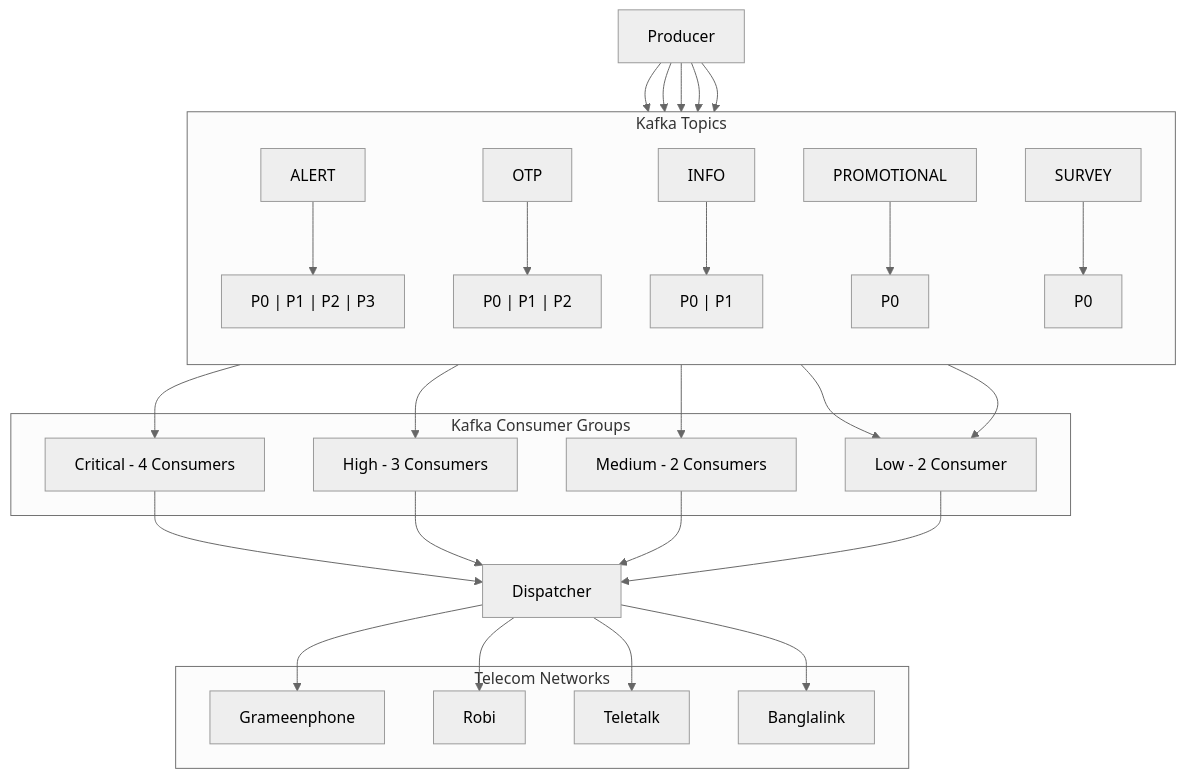
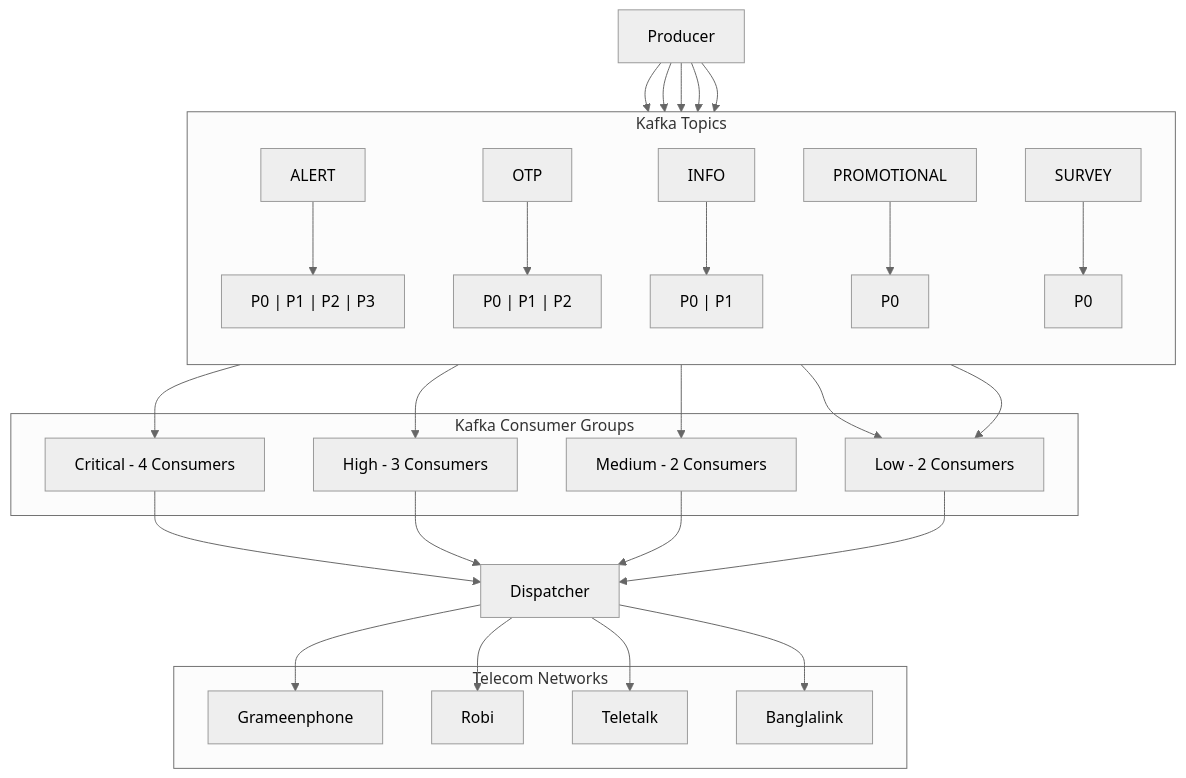
One commit to nadimnesar/sms-gateway changed the diagram in README.md. Above: the diagram before and after it, drawn with Mermaid (neutral theme). The commit also changed 39 other files, not shown here.

````diff
--- a/README.md
+++ b/README.md
@@ -3,53 +3,53 @@
 ```mermaid
 flowchart TB
     A["Producer"]
     subgraph Topics["Kafka Topics"]
         direction TB
 
         T1["ALERT"]
         T2["OTP"]
         T3["INFO"]
         T4["PROMOTIONAL"]
         T5["SURVEY"]
 
         P1["P0 | P1 | P2 | P3"]
         P2["P0 | P1 | P2"]
         P3["P0 | P1"]
         P4["P0"]
         P5["P0"]
 
         T1 --> P1
         T2 --> P2
         T3 --> P3
         T4 --> P4
         T5 --> P5
     end
 
     subgraph Consumers["Kafka Consumer Groups"]
         G1["Critical - 4 Consumers"]
         G2["High - 3 Consumers"]
         G3["Medium - 2 Consumers"]
-        G4["Low - 2 Consumer"]
+        G4["Low - 2 Consumers"]
     end
 
     S["Dispatcher"]
 
     subgraph Telecom["Telecom Networks"]
         GP["Grameenphone"]
         RB["Robi"]
         TT["Teletalk"]
         BL["Banglalink"]
     end
 
     A --> T1 & T2 & T3 & T4 & T5
 
     P1 --> G1
     P2 --> G2
     P3 --> G3
     P4 --> G4
     P5 --> G4
 
     G1 & G2 & G3 & G4 --> S
 
     S --> GP & RB & TT & BL
 ```
````
